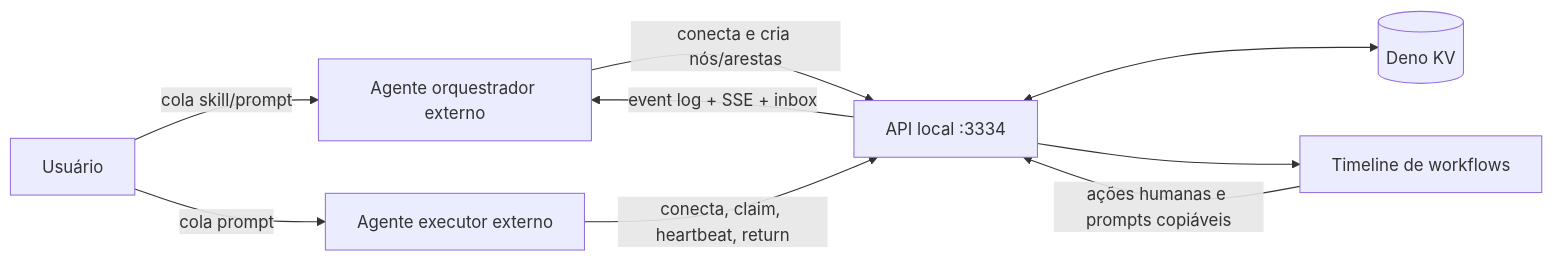
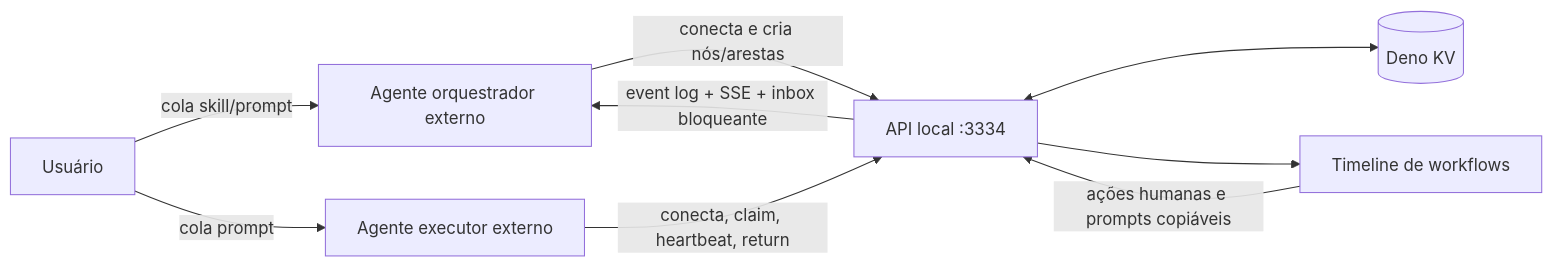
Before and after one commit to gustavoSoriano/docmap: the second of 2 diagrams in docs/agent-workflows-architecture.md, drawn with Mermaid. The commit also changed other lines of this file and 18 other files, not shown here.

````diff
--- a/docs/agent-workflows-architecture.md
+++ b/docs/agent-workflows-architecture.md
@@ -95,11 +103,11 @@
 ```mermaid
 flowchart LR
   U[Usuário] -->|cola skill/prompt| O[Agente orquestrador externo]
   U -->|cola prompt| E[Agente executor externo]
   O -->|conecta e cria nós/arestas| API[API local :3334]
   E -->|conecta, claim, heartbeat, return| API
   API <--> KV[(Deno KV)]
-  API -->|event log + SSE + inbox| O
+  API -->|event log + SSE + inbox bloqueante| O
   API --> UI[Timeline de workflows]
   UI -->|ações humanas e prompts copiáveis| API
 ```
````
